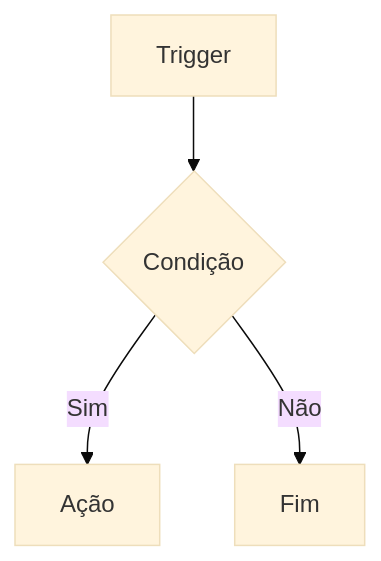
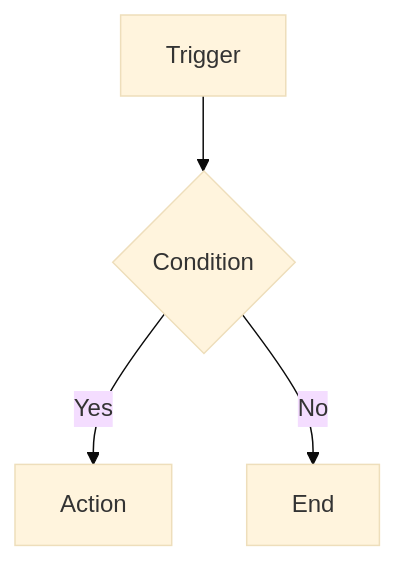
The diagram in README.md (devopsvanilla/n8n-templates), drawn with Mermaid (base theme) before and after one commit. The commit also changed other lines of this file and 2 other files, not shown here.

````diff
--- a/README.md
+++ b/README.md
@@ -199,6 +202,6 @@
 ```mermaid
 flowchart TD
-    A[Trigger] --> B{Condição}
-    B -->|Sim| C[Ação]
-    B -->|Não| D[Fim]
+    A[Trigger] --> B{Condition}
+    B -->|Yes| C[Action]
+    B -->|No| D[End]
 ```
````
